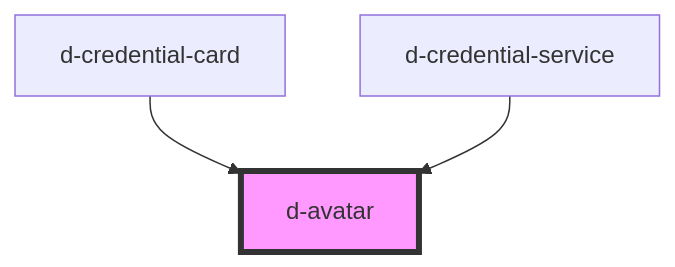
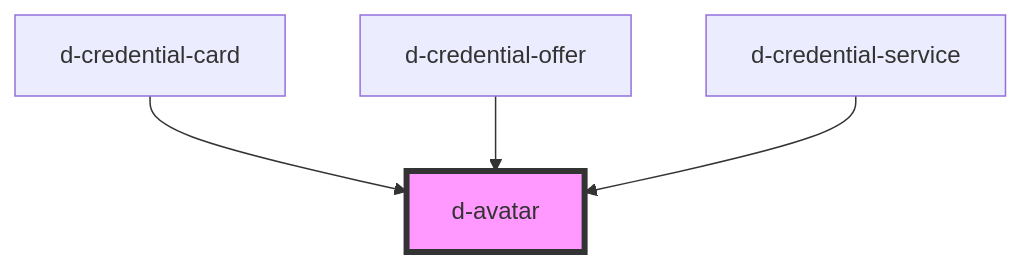
One commit to ForkbombEu/didroom-components changed the diagram in src/components/avatar/readme.md. Above: the diagram before and after it, drawn with Mermaid. The commit also changed other lines of this file and 15 other files, not shown here.

Commit message:
draft: credential offer

````diff
--- a/src/components/avatar/readme.md
+++ b/src/components/avatar/readme.md
@@ -26,6 +27,7 @@
 ```mermaid
 graph TD;
   d-credential-card --> d-avatar
+  d-credential-offer --> d-avatar
   d-credential-service --> d-avatar
   style d-avatar fill:#f9f,stroke:#333,stroke-width:4px
 ```
````
